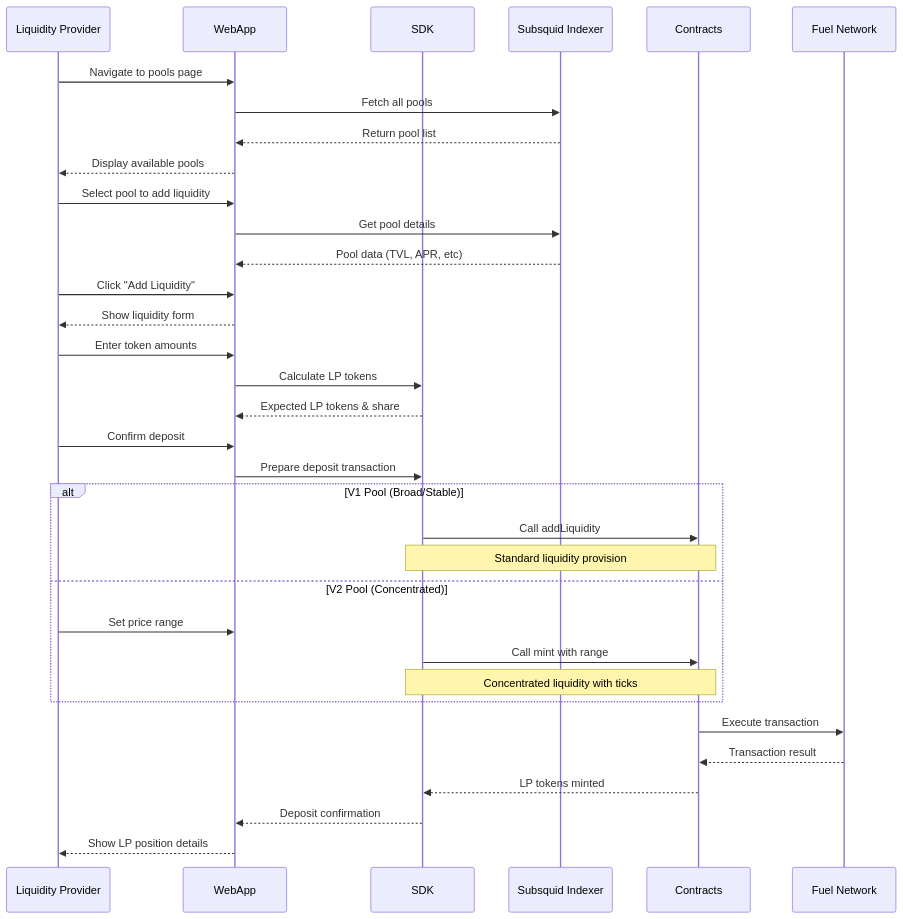
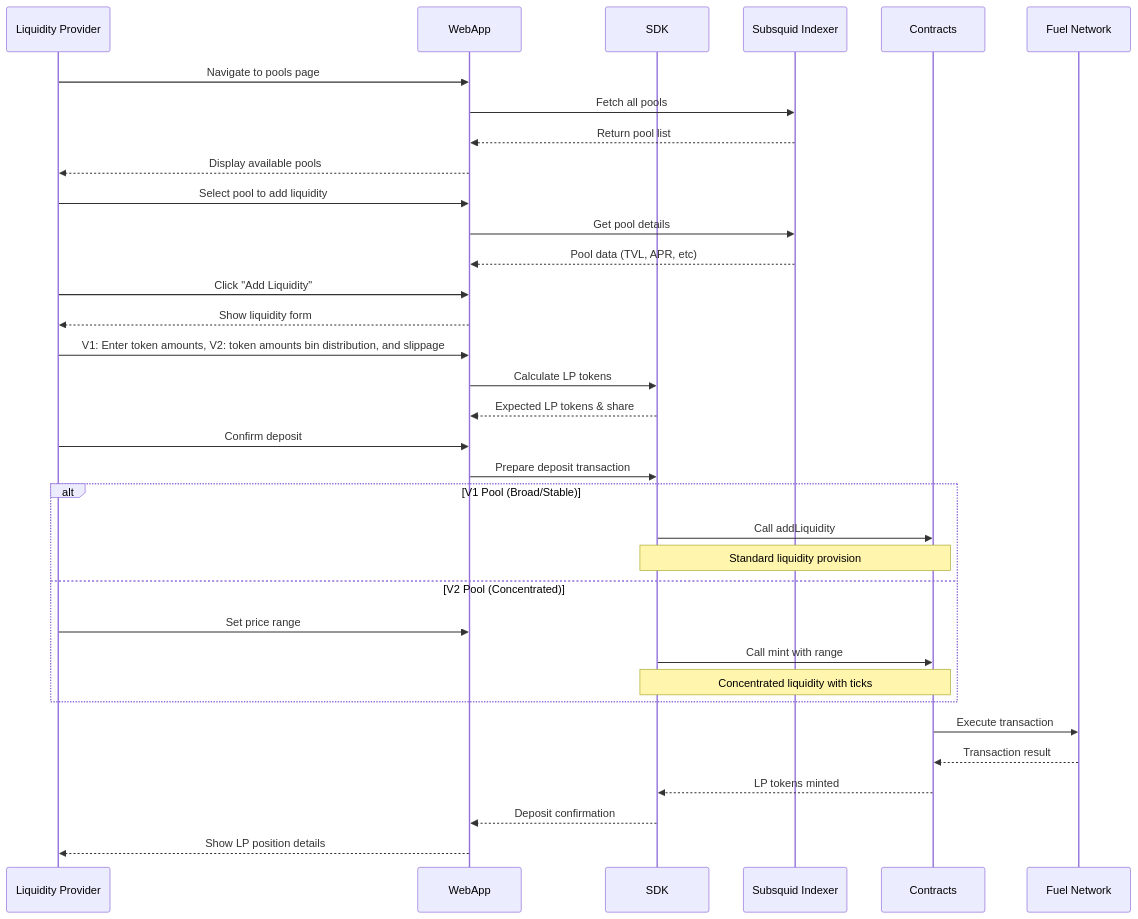
One commit to mira-amm/mira-amm-web changed the second of 8 diagrams in docs/sequences.md. Above: the diagram before and after it, drawn with Mermaid. The commit also changed other lines of this file, not shown here.

Commit message:
docs(arch): Slight corrections to sequence diagrams for V2

````diff
--- a/docs/sequences.md
+++ b/docs/sequences.md
@@ -60,43 +59,43 @@
 ```mermaid
 sequenceDiagram
     participant LP as Liquidity Provider
     participant WebApp
     participant SDK
     participant Subsquid as Subsquid Indexer
     participant Contracts
     participant Fuel as Fuel Network
-    
+
     LP->>WebApp: Navigate to pools page
     WebApp->>Subsquid: Fetch all pools
     Subsquid-->>WebApp: Return pool list
     WebApp-->>LP: Display available pools
-    
+
     LP->>WebApp: Select pool to add liquidity
     WebApp->>Subsquid: Get pool details
     Subsquid-->>WebApp: Pool data (TVL, APR, etc)
-    
+
     LP->>WebApp: Click "Add Liquidity"
     WebApp-->>LP: Show liquidity form
-    
-    LP->>WebApp: Enter token amounts
+
+    LP->>WebApp: V1: Enter token amounts, V2: token amounts bin distribution, and slippage
     WebApp->>SDK: Calculate LP tokens
     SDK-->>WebApp: Expected LP tokens & share
-    
+
     LP->>WebApp: Confirm deposit
     WebApp->>SDK: Prepare deposit transaction
-    
+
     alt V1 Pool (Broad/Stable)
         SDK->>Contracts: Call addLiquidity
         Note over SDK,Contracts: Standard liquidity provision
     else V2 Pool (Concentrated)
         LP->>WebApp: Set price range
         SDK->>Contracts: Call mint with range
         Note over SDK,Contracts: Concentrated liquidity with ticks
     end
-    
+
     Contracts->>Fuel: Execute transaction
     Fuel-->>Contracts: Transaction result
     Contracts-->>SDK: LP tokens minted
     SDK-->>WebApp: Deposit confirmation
     WebApp-->>LP: Show LP position details
 ```
````
